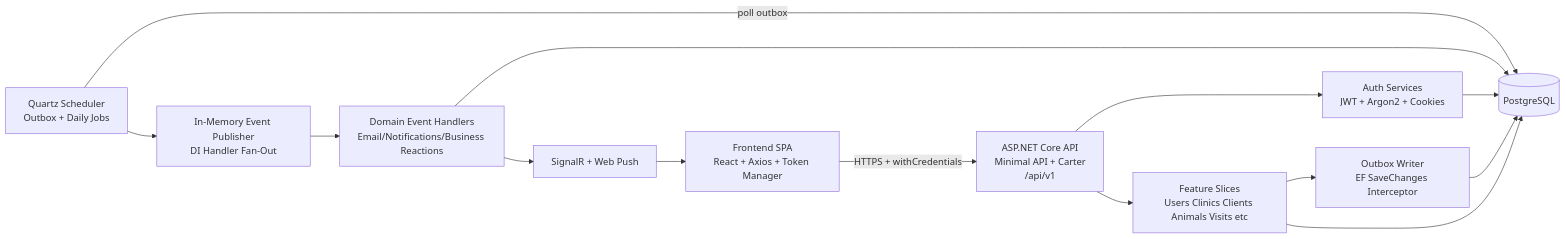
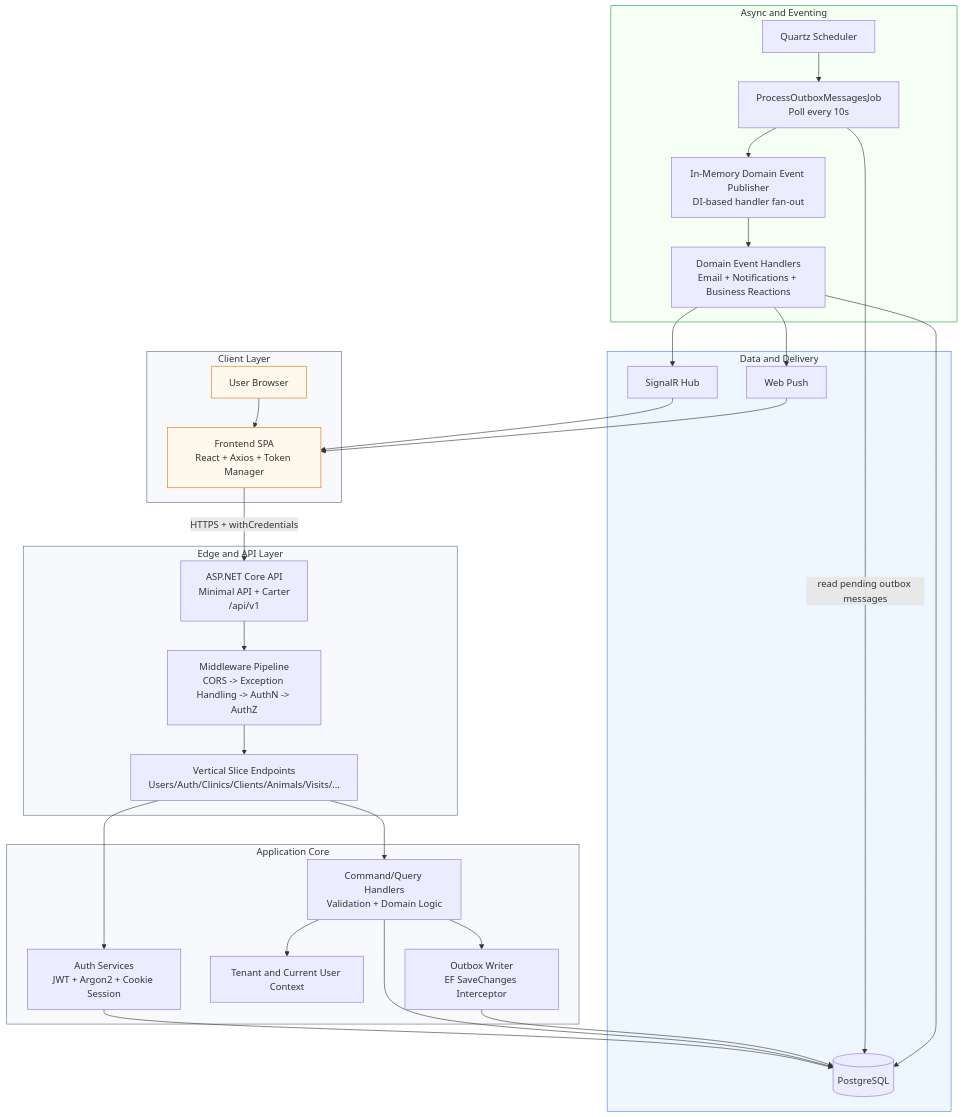
One commit to BilalMahfouf/Vertical-Slice-Template changed the first of 3 diagrams in README.md. Above: the diagram before and after it, drawn with Mermaid. The commit also changed other lines of this file, not shown here.

Commit message:
update digram

````diff
--- a/README.md
+++ b/README.md
@@ -29,27 +29,63 @@
 ```mermaid
-flowchart LR
-  FE[Frontend SPA\nReact + Axios + Token Manager]
-  API[ASP.NET Core API\nMinimal API + Carter\n/api/v1]
-  AUTH[Auth Services\nJWT + Argon2 + Cookies]
-  APP[Feature Slices\nUsers Clinics Clients Animals Visits etc]
-  OUTBOX[Outbox Writer\nEF SaveChanges Interceptor]
-  DB[(PostgreSQL)]
-  JOBS[Quartz Scheduler\nOutbox + Daily Jobs]
-  PUBSUB[In-Memory Event Publisher\nDI Handler Fan-Out]
-  HANDLERS[Domain Event Handlers\nEmail/Notifications/Business Reactions]
-  RT[SignalR + Web Push]
+flowchart TB
+  %% Top-to-bottom layered architecture (more readable on wide docs)
+
+  subgraph C[Client Layer]
+    U[User Browser]
+    FE[Frontend SPA\nReact + Axios + Token Manager]
+    U --> FE
+  end
+
+  subgraph E[Edge and API Layer]
+    API[ASP.NET Core API\nMinimal API + Carter\n/api/v1]
+    MW[Middleware Pipeline\nCORS -> Exception Handling -> AuthN -> AuthZ]
+    EP[Vertical Slice Endpoints\nUsers/Auth/Clinics/Clients/Animals/Visits/...]
+    API --> MW --> EP
+  end
+
+  subgraph AC[Application Core]
+    AUTH[Auth Services\nJWT + Argon2 + Cookie Session]
+    CORE[Command/Query Handlers\nValidation + Domain Logic]
+    TEN[Tenant and Current User Context]
+    OUTW[Outbox Writer\nEF SaveChanges Interceptor]
+    EP --> AUTH
+    EP --> CORE
+    CORE --> TEN
+    CORE --> OUTW
+  end
+
+  subgraph AE[Async and Eventing]
+    QTZ[Quartz Scheduler]
+    OJOB[ProcessOutboxMessagesJob\nPoll every 10s]
+    PUB[In-Memory Domain Event Publisher\nDI-based handler fan-out]
+    HN[Domain Event Handlers\nEmail + Notifications + Business Reactions]
+    QTZ --> OJOB --> PUB --> HN
+  end
+
+  subgraph D[Data and Delivery]
+    DB[(PostgreSQL)]
+    RT[SignalR Hub]
+    WP[Web Push]
+  end
 
   FE -->|HTTPS + withCredentials| API
-  API --> AUTH
-  API --> APP
-  APP --> OUTBOX
   AUTH --> DB
-  APP --> DB
-  OUTBOX --> DB
-  JOBS -->|poll outbox| DB
-  JOBS --> PUBSUB
-  PUBSUB --> HANDLERS
-  HANDLERS --> DB
-  HANDLERS --> RT
+  CORE --> DB
+  OUTW --> DB
+  OJOB -->|read pending outbox messages| DB
+  HN --> DB
+  HN --> RT
+  HN --> WP
   RT --> FE
+  WP --> FE
+
+  classDef layer fill:#f7f9fc,stroke:#5f6b7a,stroke-width:1px;
+  classDef data fill:#eef6ff,stroke:#3b82f6,stroke-width:1px;
+  classDef async fill:#f5fff4,stroke:#16a34a,stroke-width:1px;
+  classDef client fill:#fff8ed,stroke:#d97706,stroke-width:1px;
+
+  class C,E,AC layer;
+  class D data;
+  class AE async;
+  class U,FE client;
 ```
````
